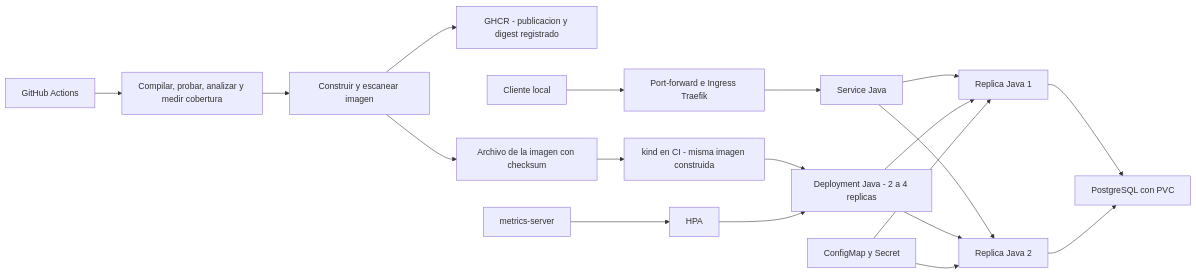
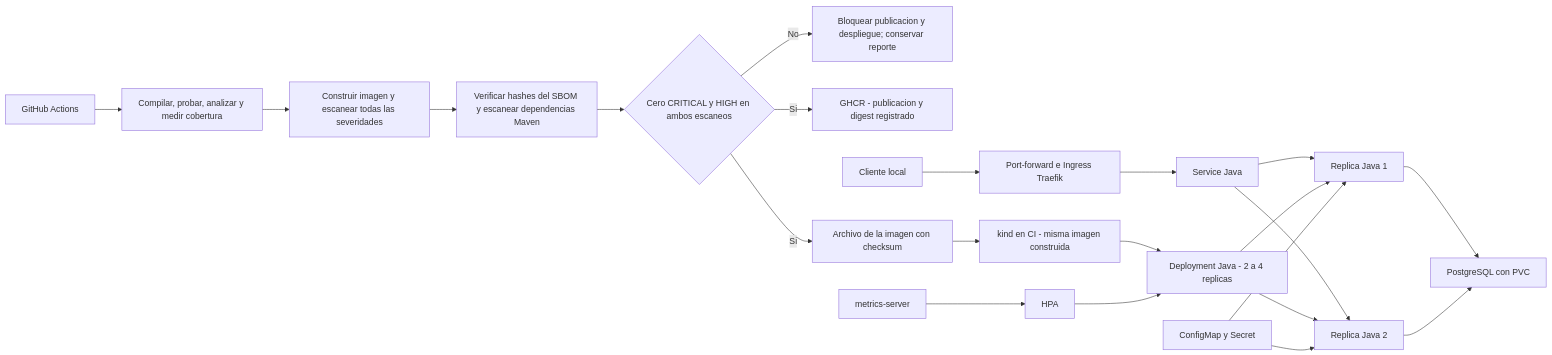
Before and after one commit to mpguevara/devsu-demo-devops-java-entrega: the fourth of 4 diagrams in README.md, drawn with Mermaid. The commit also changed other lines of this file and 310 other files, not shown here.

````diff
--- a/README.md
+++ b/README.md
@@ -210,21 +211,24 @@
 ```mermaid
 flowchart LR
     GitHub[GitHub Actions] --> Calidad[Compilar, probar, analizar y medir cobertura]
-    Calidad --> Imagen[Construir y escanear imagen]
-    Imagen --> GHCR[GHCR - publicacion y digest registrado]
-    Imagen --> Archivo[Archivo de la imagen con checksum]
+    Calidad --> Imagen[Construir imagen y escanear todas las severidades]
+    Imagen --> SBOM[Verificar hashes del SBOM y escanear dependencias Maven]
+    SBOM --> Gate{Cero CRITICAL y HIGH en ambos escaneos}
+    Gate -->|No| Bloqueo[Bloquear publicacion y despliegue; conservar reporte]
+    Gate -->|Si| GHCR[GHCR - publicacion y digest registrado]
+    Gate -->|Si| Archivo[Archivo de la imagen con checksum]
     Archivo --> Kind[kind en CI - misma imagen construida]
     Kind --> Deployment[Deployment Java - 2 a 4 replicas]
     Cliente[Cliente local] --> Ingress[Port-forward e Ingress Traefik]
     Ingress --> Servicio[Service Java]
     Servicio --> Pod1[Replica Java 1]
     Servicio --> Pod2[Replica Java 2]
     Deployment --> Pod1
     Deployment --> Pod2
     Pod1 --> DB[PostgreSQL con PVC]
     Pod2 --> DB
     Config[ConfigMap y Secret] --> Pod1
     Config --> Pod2
     Metrics[metrics-server] --> HPA[HPA]
     HPA --> Deployment
 ```
````
